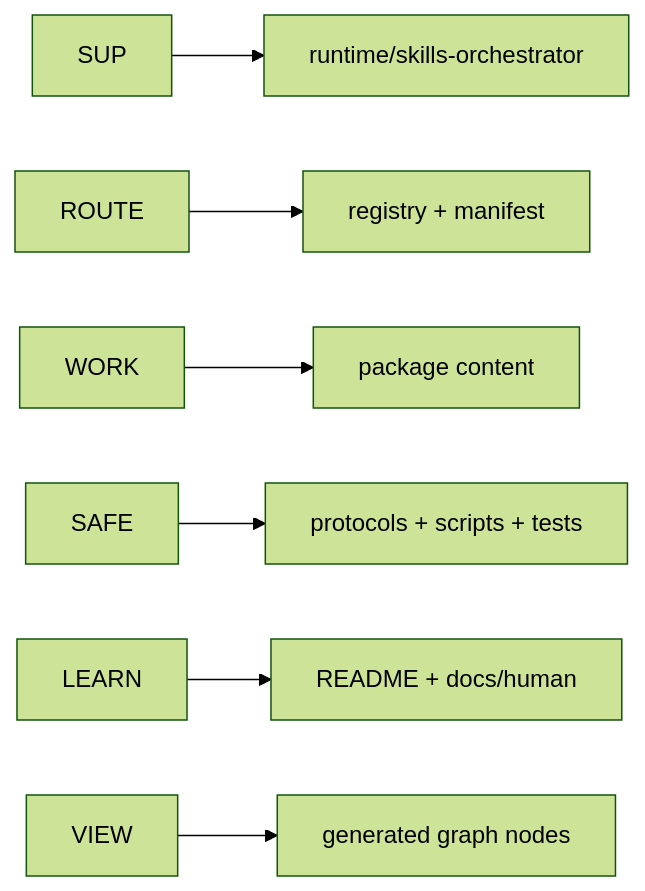
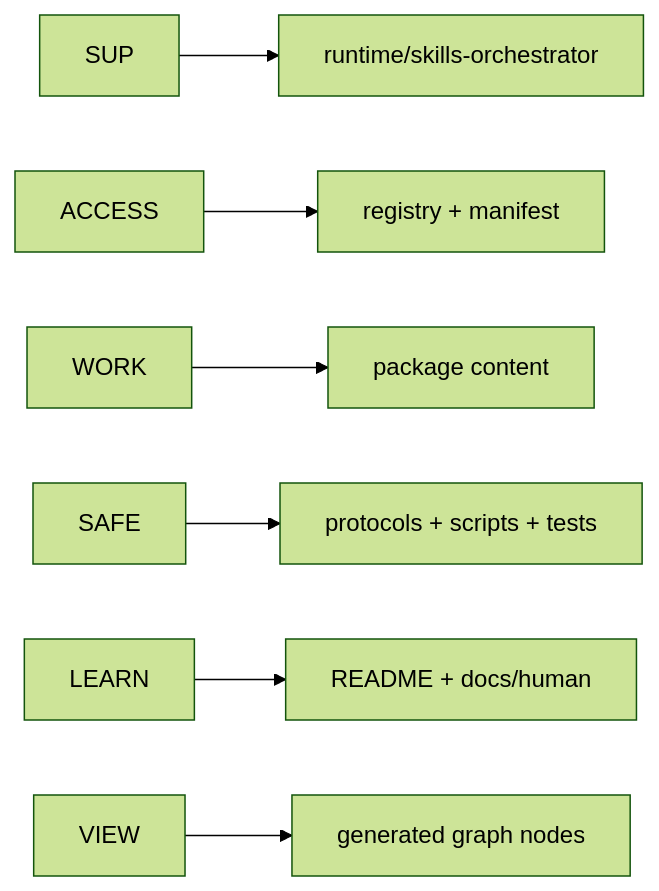
Before and after one commit to geekybobz/skills_ai: the second of 2 diagrams in docs/human/08_REPOSITORY_ATLAS.md, drawn with Mermaid (forest theme). The commit also changed other lines of this file and 59 other files, not shown here.

````diff
--- a/docs/human/08_REPOSITORY_ATLAS.md
+++ b/docs/human/08_REPOSITORY_ATLAS.md
@@ -24,9 +24,9 @@
 ```mermaid
 flowchart LR
     SUP --> RUN["runtime/skills-orchestrator"]
-    ROUTE --> REG["registry + manifest"]
+    ACCESS --> REG["registry + manifest"]
     WORK --> PKG["package content"]
     SAFE --> GOV["protocols + scripts + tests"]
     LEARN --> DOC["README + docs/human"]
     VIEW --> GRAPH["generated graph nodes"]
 ```
````
